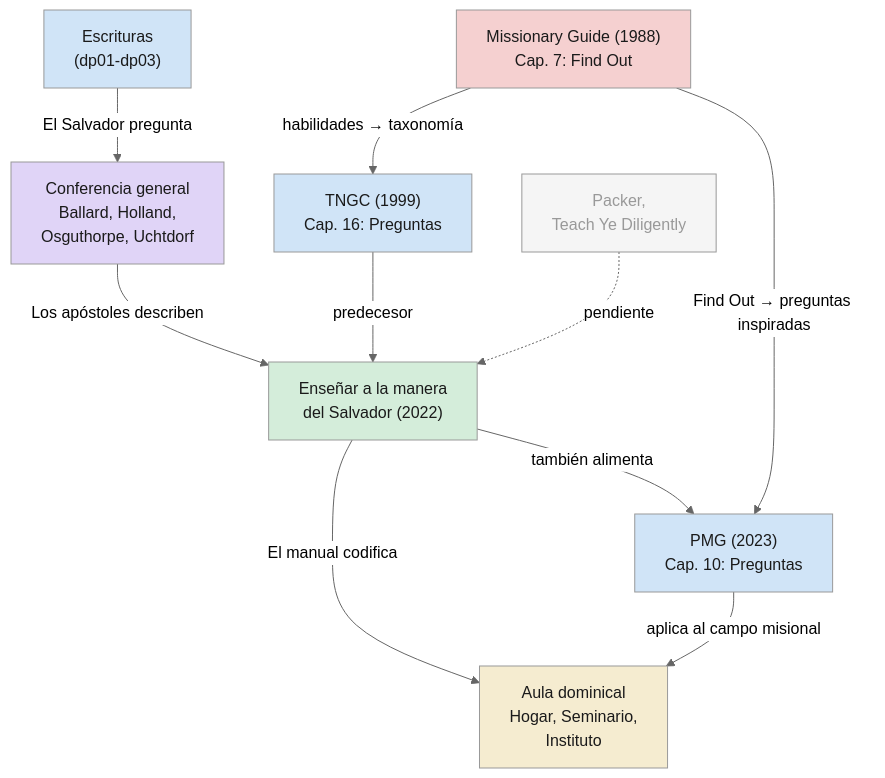
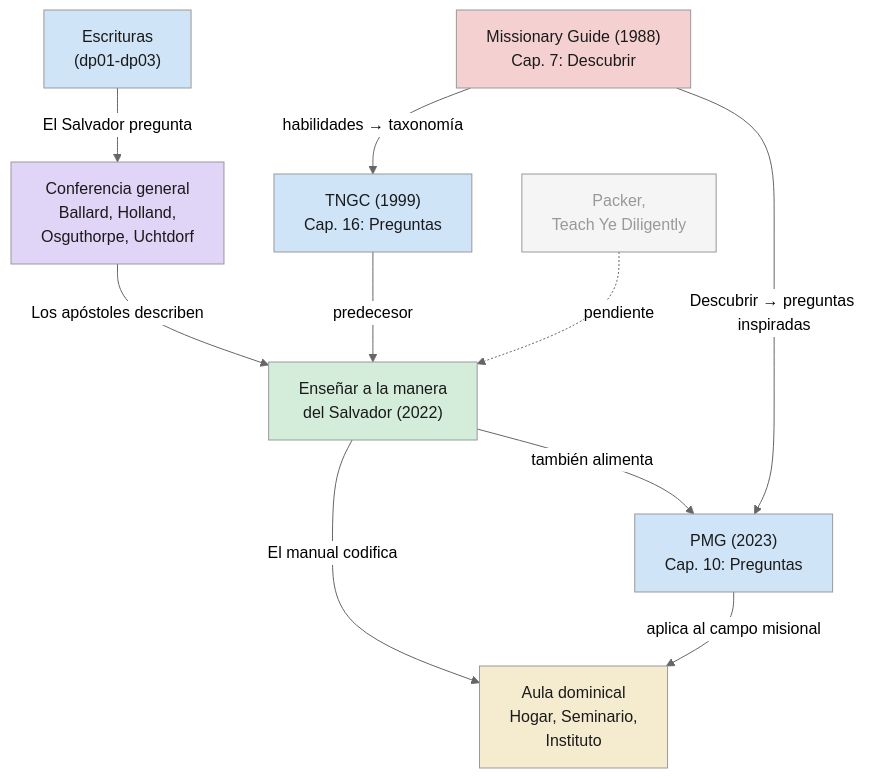
The diagram in prods/dossiers/0009-dp04-uso-institucional.md (JPMarichal/kanoniko), drawn with Mermaid (neutral theme) before and after one commit. The commit also changed other lines of this file and 1 other file, not shown here.

````diff
--- a/prods/dossiers/0009-dp04-uso-institucional.md
+++ b/prods/dossiers/0009-dp04-uso-institucional.md
@@ -226,32 +226,32 @@
 ```mermaid
 graph TD
     ESC["Escrituras<br/>(dp01-dp03)"]
     CONF["Conferencia general<br/>Ballard, Holland,<br/>Osguthorpe, Uchtdorf"]
     MAN["Enseñar a la manera<br/>del Salvador (2022)"]
     AULA["Aula dominical<br/>Hogar, Seminario,<br/>Instituto"]
     
     ESC -->|"El Salvador pregunta"| CONF
     CONF -->|"Los apóstoles describen"| MAN
     MAN -->|"El manual codifica"| AULA
     
-    MG["Missionary Guide (1988)<br/>Cap. 7: Find Out"]
+    MG["Missionary Guide (1988)<br/>Cap. 7: Descubrir"]
     TNGC["TNGC (1999)<br/>Cap. 16: Preguntas"]
     PMG["PMG (2023)<br/>Cap. 10: Preguntas"]
     PACK["Packer,<br/>Teach Ye Diligently"]
     
     MG -->|"habilidades → taxonomía"| TNGC
     TNGC -->|"predecesor"| MAN
     PACK -.->|"pendiente"| MAN
     PMG -->|"aplica al campo misional"| AULA
     MAN -->|"también alimenta"| PMG
-    MG -->|"Find Out → preguntas inspiradas"| PMG
+    MG -->|"Descubrir → preguntas inspiradas"| PMG
     
     style ESC fill:#d0e4f7,color:#1a1a1a
     style CONF fill:#e0d4f7,color:#1a1a1a
     style MAN fill:#d4edda,color:#1a1a1a
     style AULA fill:#f5ecd0,color:#1a1a1a
     style MG fill:#f5d0d0,color:#1a1a1a
     style TNGC fill:#d0e4f7,color:#1a1a1a
     style PMG fill:#d0e4f7,color:#1a1a1a
     style PACK fill:#f5f5f5,color:#999
 ```
````
